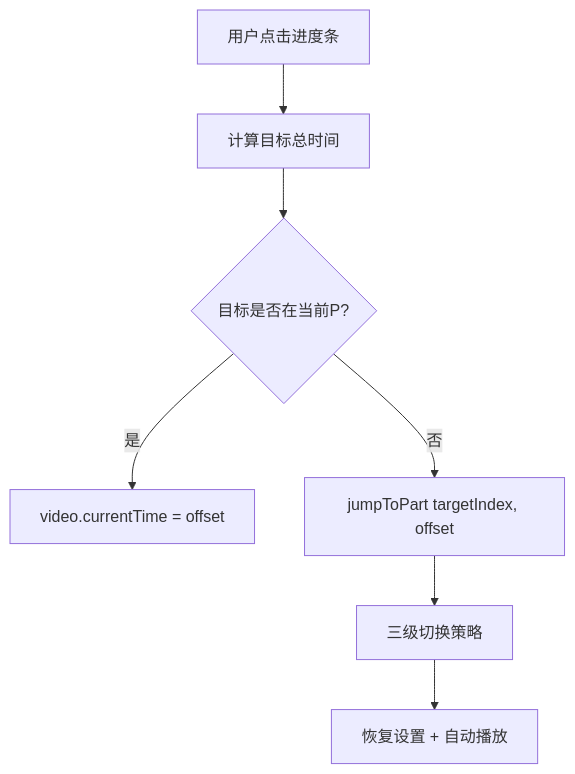
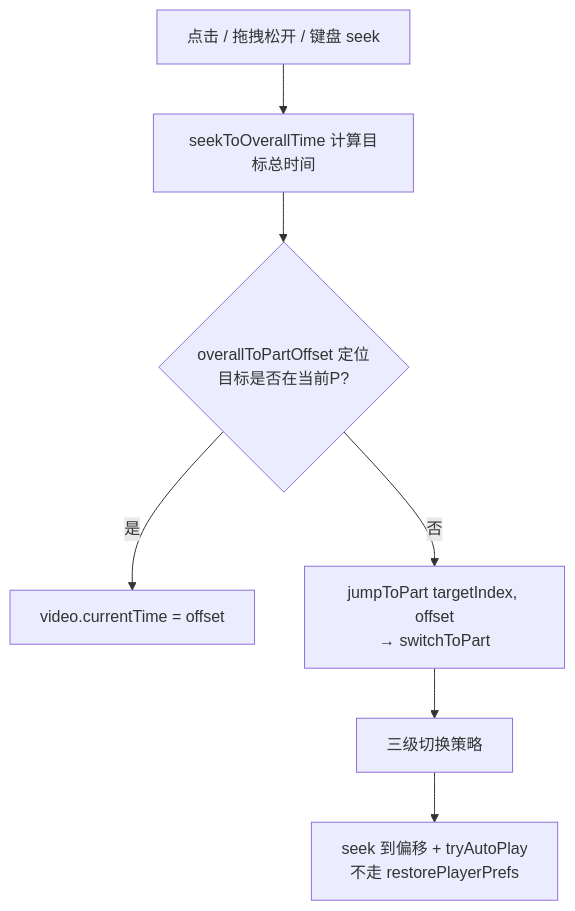
The fifth of 5 diagrams in CODE_WIKI.md (foggy-m/bilibili-cinema-mode), drawn with Mermaid before and after one commit. The commit also changed other lines of this file and 19 other files, not shown here.

````diff
--- a/CODE_WIKI.md
+++ b/CODE_WIKI.md
@@ -734,9 +790,9 @@
 ```mermaid
 flowchart TD
-    A[用户点击进度条] --> B[计算目标总时间]
-    B --> C{目标是否在当前P?}
+    A[点击 / 拖拽松开 / 键盘 seek] --> B[seekToOverallTime 计算目标总时间]
+    B --> C{overallToPartOffset 定位<br/>目标是否在当前P?}
     C -->|是| D[video.currentTime = offset]
-    C -->|否| E[jumpToPart targetIndex, offset]
+    C -->|否| E[jumpToPart targetIndex, offset<br/>→ switchToPart]
     E --> F[三级切换策略]
-    F --> G[恢复设置 + 自动播放]
+    F --> G[seek 到偏移 + tryAutoPlay<br/>不走 restorePlayerPrefs]
 ```
````
